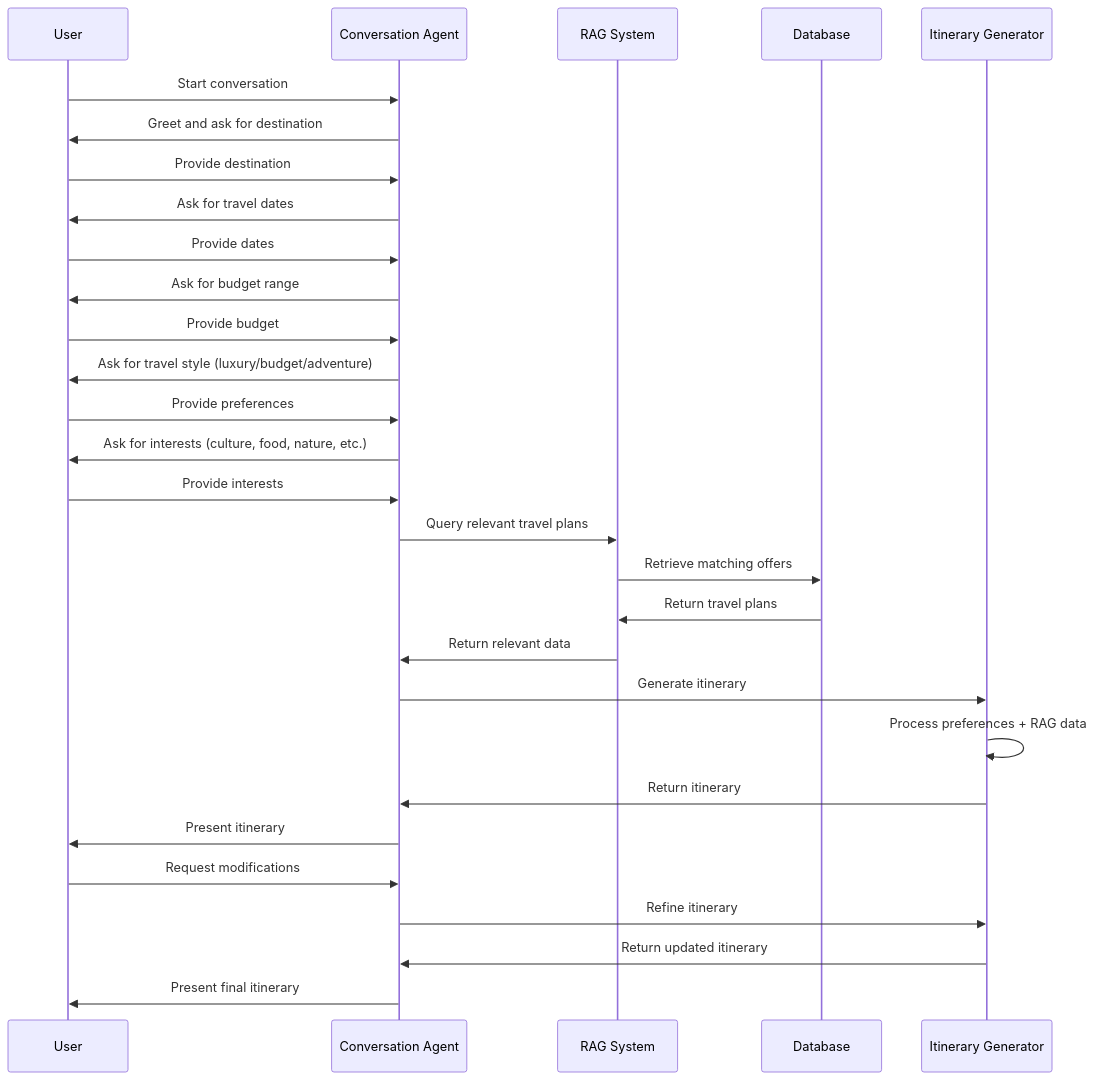
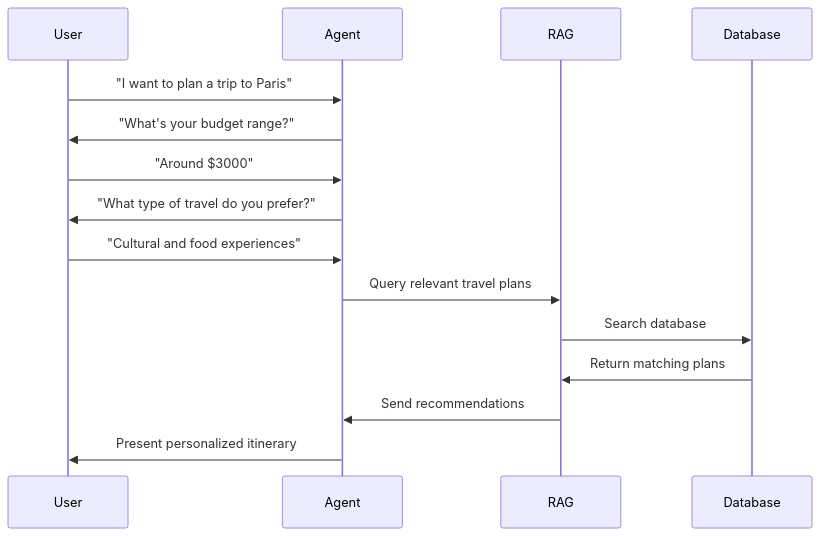
One commit to saha0073/travel-itinerary-generation changed the second of 2 diagrams in workflow_diagram.md. Above: the diagram before and after it, drawn with Mermaid. The commit also changed other lines of this file, not shown here.

````diff
--- a/workflow_diagram.md
+++ b/workflow_diagram.md
@@ -55,42 +35,22 @@
 ```mermaid
 sequenceDiagram
     participant U as User
-    participant CA as Conversation Agent
-    participant RAG as RAG System
-    participant DB as Database
-    participant IG as Itinerary Generator
+    participant A as Agent
+    participant R as RAG
+    participant D as Database
     
-    U->>CA: Start conversation
-    CA->>U: Greet and ask for destination
+    U->>A: "I want to plan a trip to Paris"
+    A->>U: "What's your budget range?"
     
-    U->>CA: Provide destination
-    CA->>U: Ask for travel dates
+    U->>A: "Around $3000"
+    A->>U: "What type of travel do you prefer?"
     
-    U->>CA: Provide dates
-    CA->>U: Ask for budget range
+    U->>A: "Cultural and food experiences"
+    A->>R: Query relevant travel plans
     
-    U->>CA: Provide budget
-    CA->>U: Ask for travel style (luxury/budget/adventure)
+    R->>D: Search database
+    D->>R: Return matching plans
+    R->>A: Send recommendations
     
-    U->>CA: Provide preferences
-    CA->>U: Ask for interests (culture, food, nature, etc.)
-    
-    U->>CA: Provide interests
-    CA->>RAG: Query relevant travel plans
-    
-    RAG->>DB: Retrieve matching offers
-    DB->>RAG: Return travel plans
-    
-    RAG->>CA: Return relevant data
-    CA->>IG: Generate itinerary
-    
-    IG->>IG: Process preferences + RAG data
-    IG->>CA: Return itinerary
-    
-    CA->>U: Present itinerary
-    U->>CA: Request modifications
-    
-    CA->>IG: Refine itinerary
-    IG->>CA: Return updated itinerary
-    CA->>U: Present final itinerary
+    A->>U: Present personalized itinerary
 ```
````
